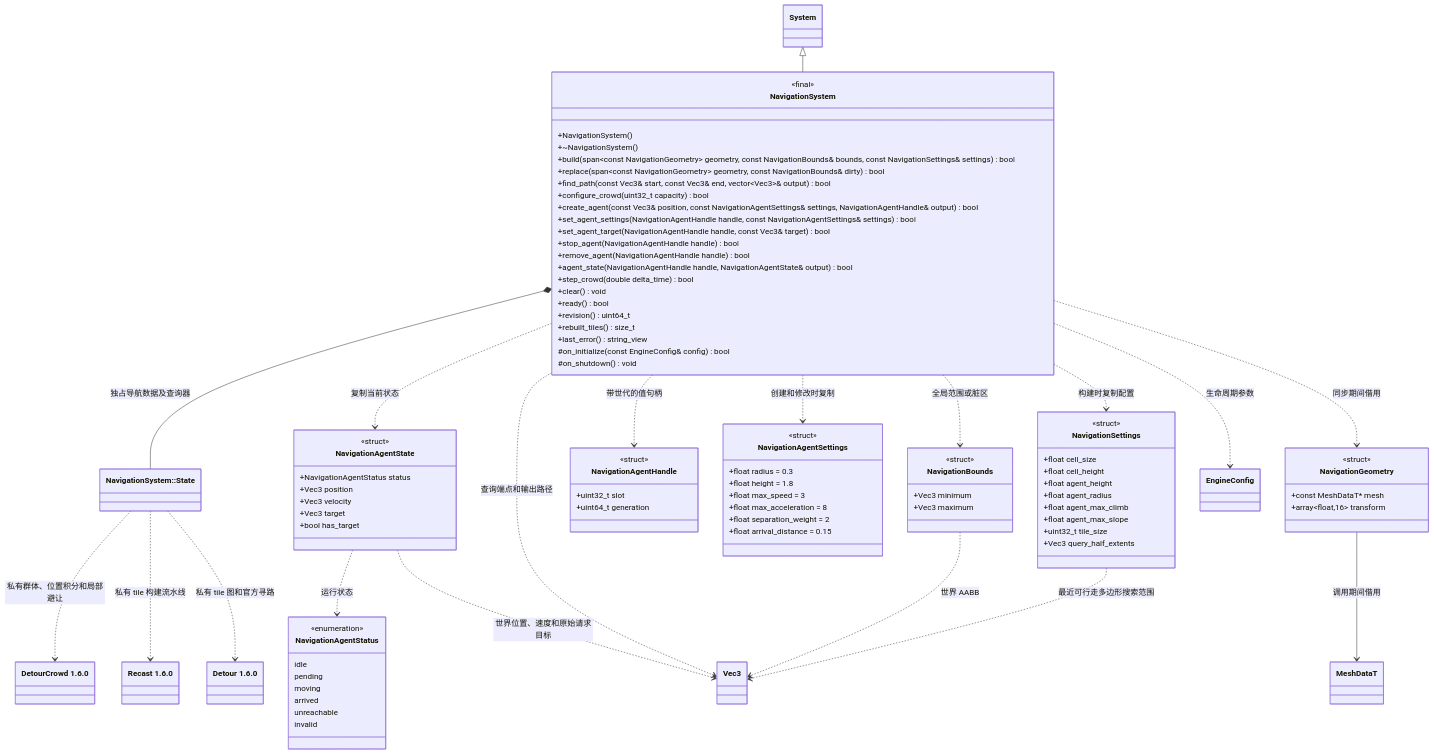
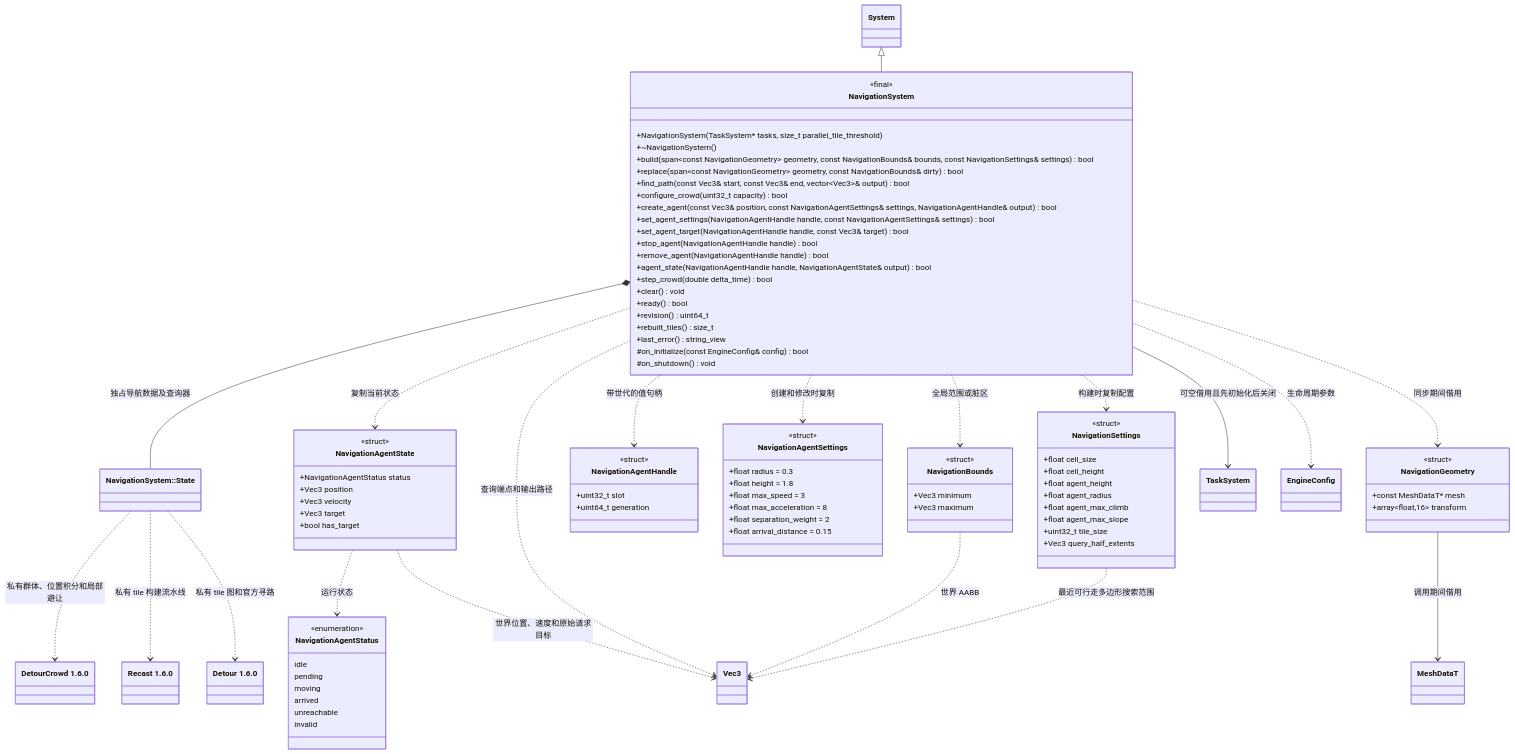
One commit to lcals/Engine changed the diagram in docs/runtime/class-diagrams/navigation-system.md. Above: the diagram before and after it, drawn with Mermaid. The commit also changed other lines of this file and 135 other files, not shown here.

```diff
--- a/docs/runtime/class-diagrams/navigation-system.md
+++ b/docs/runtime/class-diagrams/navigation-system.md
@@ -8,7 +8,7 @@
 classDiagram
     class NavigationSystem {
         <<final>>
-        +NavigationSystem()
+        +NavigationSystem(TaskSystem#42; tasks, size_t parallel_tile_threshold)
         +~NavigationSystem()
         +build(span~const NavigationGeometry~ geometry, const NavigationBounds& bounds, const NavigationSettings& settings) bool
         +replace(span~const NavigationGeometry~ geometry, const NavigationBounds& dirty) bool
@@ -86,10 +86,12 @@
     class Recast["Recast 1.6.0"]
     class Detour["Detour 1.6.0"]
     class System
+    class TaskSystem
     class EngineConfig
     class MeshDataT
     class Vec3
     System <|-- NavigationSystem
+    NavigationSystem --> TaskSystem : 可空借用且先初始化后关闭
     NavigationSystem *-- NavigationState : 独占导航数据及查询器
     NavigationState ..> DetourCrowd : 私有群体、位置积分和局部避让
     NavigationSystem ..> NavigationAgentHandle : 带世代的值句柄
```
